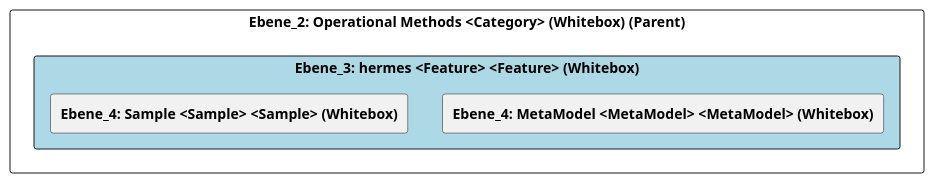
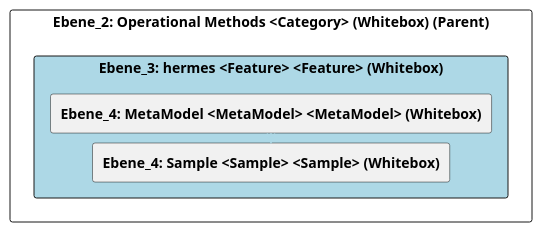
The diagram in doc/cleonproject_deliverables_architecture_model_architecture/adoc/de/05_bausteinsicht/cleon/operational_methods/hermes/ebene_3_hermes.adoc (marcozwyssig/cleon), drawn with PlantUML before and after one commit. The commit also changed other lines of this file and 214 other files, not shown here.

```diff
--- a/doc/cleonproject_deliverables_architecture_model_architecture/adoc/de/05_bausteinsicht/cleon/operational_methods/hermes/ebene_3_hermes.adoc
+++ b/doc/cleonproject_deliverables_architecture_model_architecture/adoc/de/05_bausteinsicht/cleon/operational_methods/hermes/ebene_3_hermes.adoc
@@ -20,25 +20,28 @@
 [plantuml, Ebene_3: hermes <Feature> <Feature> (Whitebox)BlockOverview, format="svg"]
 ----
 @startuml Ebene_3: hermes <Feature> <Feature> (Whitebox)BuildingBlockOverview
 
 skinparam ranksep 10
 skinparam componentStyle rectangle
 skinparam shadowing false
 skinparam arrowColor lightblue
 skinparam arrowThickness 1.2
 skinparam rectangle {
   BackgroundColor White
   BorderColor #333
   RoundCorner 10
 }
 top to bottom direction
 
 component "Ebene_2: Operational Methods <Category> (Whitebox) (Parent)" {
     component "Ebene_3: hermes <Feature> <Feature> (Whitebox)" #lightblue {
         [**Ebene_4: MetaModel <MetaModel> <MetaModel> (Whitebox)**] as 3BDFB317_D421_11EF_BDEF_4D33DBCE89CB
         [**Ebene_4: Sample <Sample> <Sample> (Whitebox)**] as 3BDFB318_D421_11EF_BDEF_4D33DBCE89CB
     }
+
+    3BDFB317_D421_11EF_BDEF_4D33DBCE89CB -down-> 3BDFB318_D421_11EF_BDEF_4D33DBCE89CB
+    
 }
 
 @enduml
 ----
```
